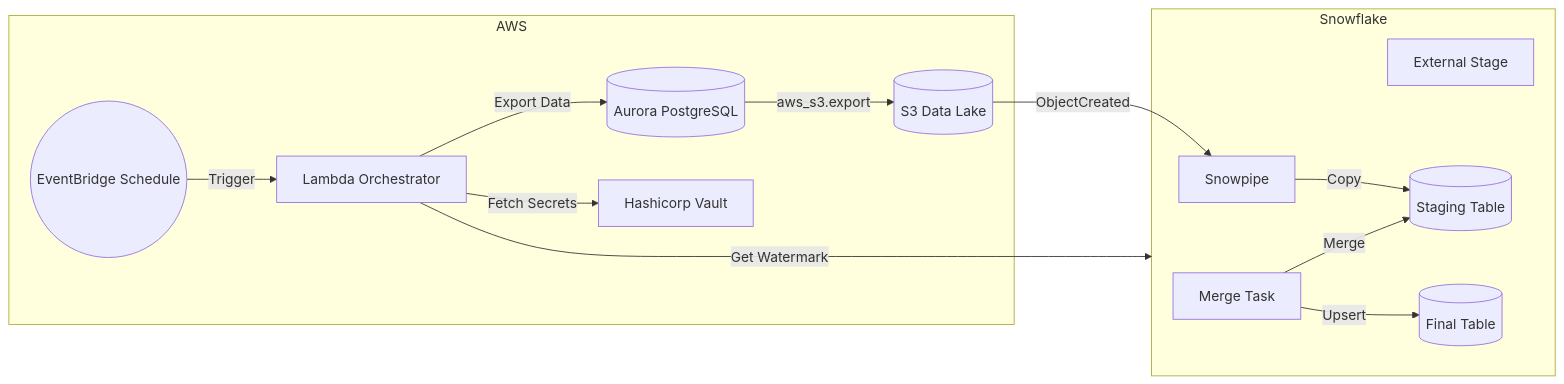
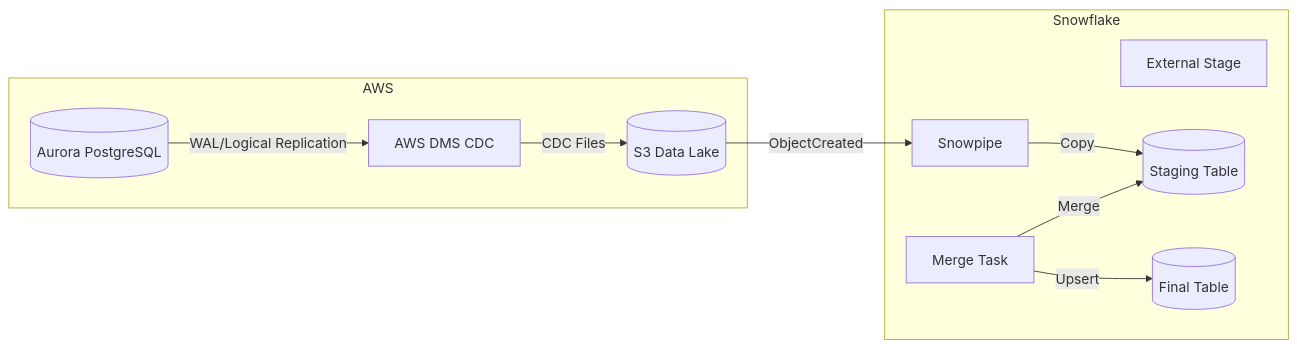
Before and after one commit to roberjo/aurora-snowflake-sync: the diagram in docs/ARCHITECTURE.md, drawn with Mermaid. The commit also changed other lines of this file and 45 other files, not shown here.

First line of the commit message:
Migrate to DMS CDC architecture and remove Lambda code

````diff
--- a/docs/ARCHITECTURE.md
+++ b/docs/ARCHITECTURE.md
@@ -8,28 +8,23 @@
 ```mermaid
 graph LR
     subgraph AWS
         Aurora[(Aurora PostgreSQL)]
-        EventBridge((EventBridge Schedule))
-        Lambda[Lambda Orchestrator]
+        DMS[AWS DMS CDC]
         S3[(S3 Data Lake)]
-        Vault[Hashicorp Vault]
     end
     
     subgraph Snowflake
         Snowpipe[Snowpipe]
         Stage[External Stage]
         StagingTable[(Staging Table)]
         FinalTable[(Final Table)]
         Task[Merge Task]
     end
 
-    EventBridge -->|Trigger| Lambda
-    Lambda -->|Fetch Secrets| Vault
-    Lambda -->|Get Watermark| Snowflake
-    Lambda -->|Export Data| Aurora
-    Aurora -->|aws_s3.export| S3
+    Aurora -->|WAL/Logical Replication| DMS
+    DMS -->|CDC Files| S3
     S3 -->|ObjectCreated| Snowpipe
     Snowpipe -->|Copy| StagingTable
     Task -->|Merge| StagingTable
     Task -->|Upsert| FinalTable
 ```
````
